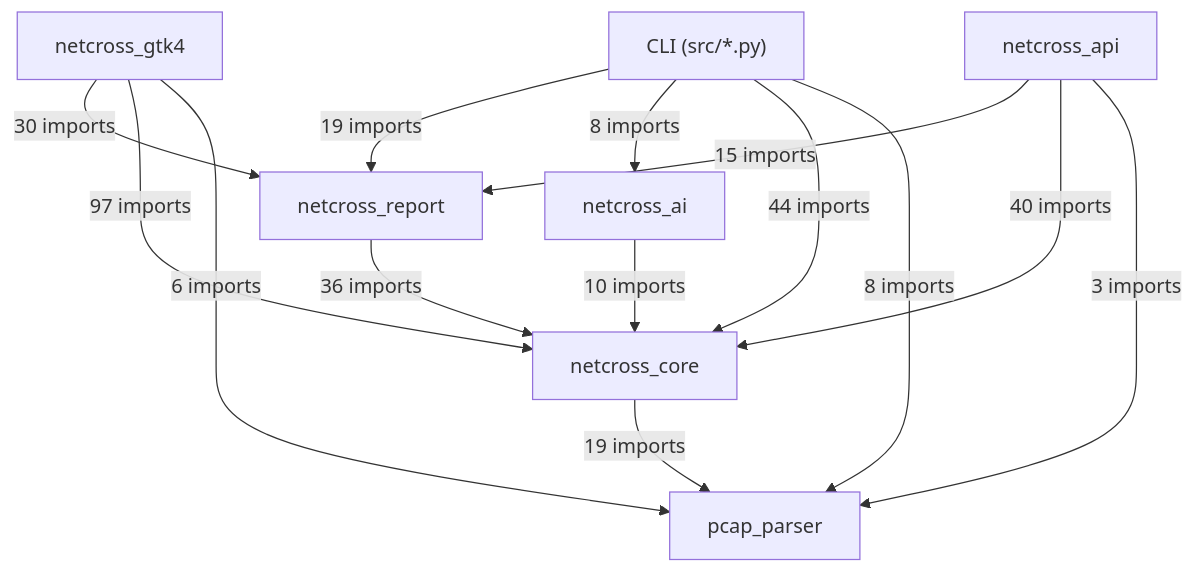
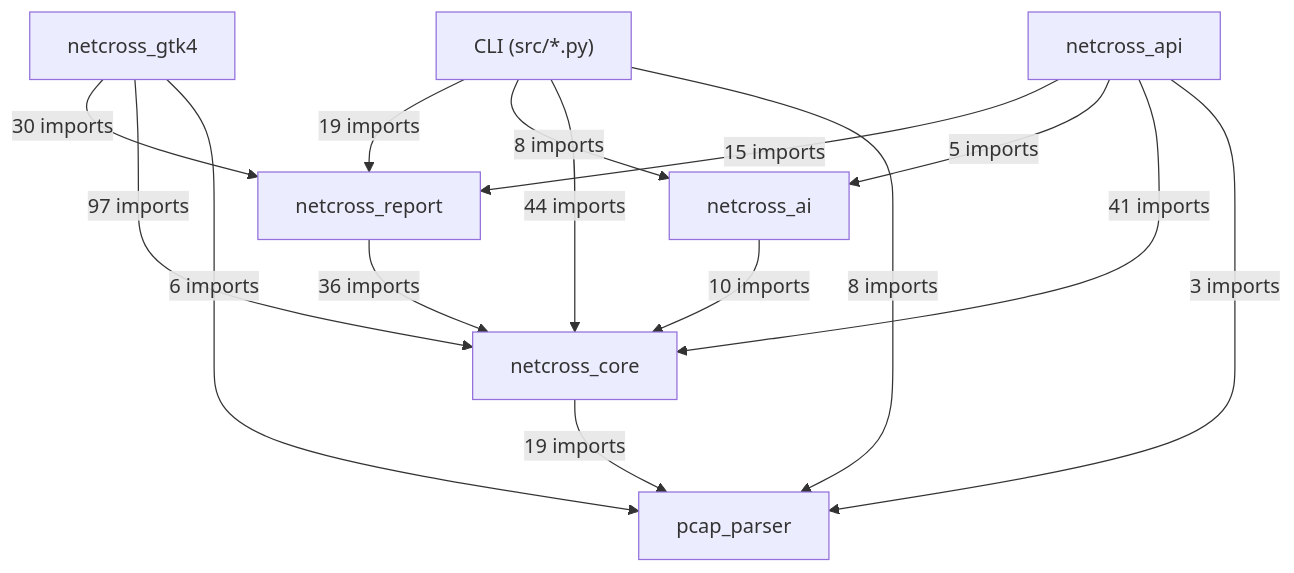
The first of 20 diagrams in docs/class-diagram.md (Mathide-Team/Netcross), drawn with Mermaid before and after one commit. The commit also changed other lines of this file and 2 other files, not shown here.

Commit message:
chore: régénère class-diagram/openapi après fusion de dev

````diff
--- a/docs/class-diagram.md
+++ b/docs/class-diagram.md
@@ -26,23 +26,24 @@
 ```mermaid
 flowchart TD
     CLI["CLI (src/*.py)"]
     netcross_gtk4["netcross_gtk4"]
     netcross_api["netcross_api"]
     netcross_report["netcross_report"]
     netcross_ai["netcross_ai"]
     netcross_core["netcross_core"]
     pcap_parser["pcap_parser"]
     CLI -->|"19 imports"| netcross_report
     CLI -->|"8 imports"| netcross_ai
     CLI -->|"44 imports"| netcross_core
     CLI -->|"8 imports"| pcap_parser
     netcross_gtk4 -->|"30 imports"| netcross_report
     netcross_gtk4 -->|"97 imports"| netcross_core
     netcross_gtk4 -->|"6 imports"| pcap_parser
     netcross_api -->|"15 imports"| netcross_report
-    netcross_api -->|"40 imports"| netcross_core
+    netcross_api -->|"5 imports"| netcross_ai
+    netcross_api -->|"41 imports"| netcross_core
     netcross_api -->|"3 imports"| pcap_parser
     netcross_report -->|"36 imports"| netcross_core
     netcross_ai -->|"10 imports"| netcross_core
     netcross_core -->|"19 imports"| pcap_parser
 ```
````
